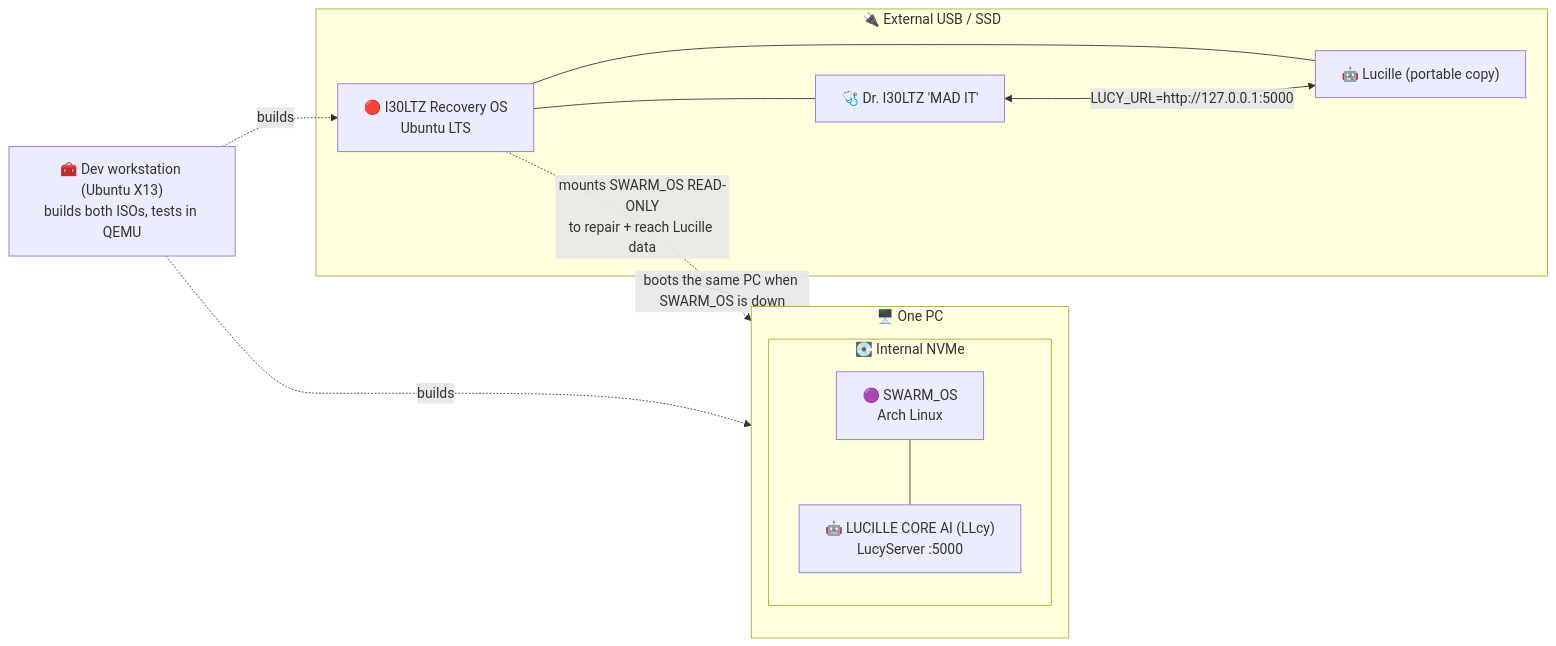
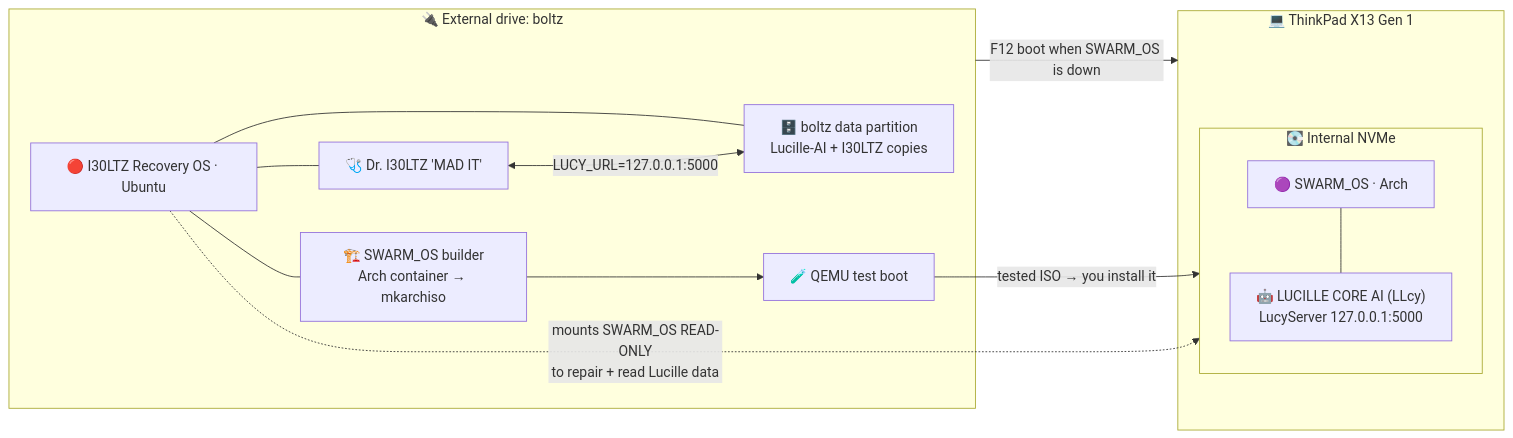
Before and after one commit to SWARM-OS-SUITE/I30LTZ-Recovery-OS: the diagram in docs/SUITE_ARCHITECTURE.md, drawn with Mermaid. The commit also changed other lines of this file and 15 other files, not shown here.

First line of the commit message:
Recovery OS builds SWARM_OS: one-PC architecture, kit v2.1.0

````diff
--- a/docs/SUITE_ARCHITECTURE.md
+++ b/docs/SUITE_ARCHITECTURE.md
@@ -29,23 +35,24 @@
 ```mermaid
 flowchart LR
-  subgraph PC["🖥️ One PC"]
-    direction TB
-    subgraph INT["💽 Internal NVMe"]
-      SW["🟣 SWARM_OS<br/>Arch Linux"]
-      LU["🤖 LUCILLE CORE AI (LLcy)<br/>LucyServer :5000"]
+  subgraph X13["💻 ThinkPad X13 Gen 1"]
+    subgraph NVME["💽 Internal NVMe"]
+      SW["🟣 SWARM_OS · Arch"]
+      LU["🤖 LUCILLE CORE AI (LLcy)<br/>LucyServer 127.0.0.1:5000"]
       SW --- LU
     end
   end
-  subgraph EXT["🔌 External USB / SSD"]
-    RO["🔴 I30LTZ Recovery OS<br/>Ubuntu LTS"]
+  subgraph BOLTZ["🔌 External drive: boltz"]
+    RO["🔴 I30LTZ Recovery OS · Ubuntu"]
     MAD["🩺 Dr. I30LTZ 'MAD IT'"]
-    LP["🤖 Lucille (portable copy)"]
+    BLD["🏗️ SWARM_OS builder<br/>Arch container → mkarchiso"]
+    VM["🧪 QEMU test boot"]
+    DATA["🗄️ boltz data partition<br/>Lucille-AI + I30LTZ copies"]
     RO --- MAD
-    RO --- LP
+    RO --- BLD --> VM
+    RO --- DATA
   end
-  EXT -- "boots the same PC when SWARM_OS is down" --> PC
-  RO -. "mounts SWARM_OS READ-ONLY<br/>to repair + reach Lucille data" .-> INT
-  MAD <-- "LUCY_URL=http://127.0.0.1:5000" --> LP
-  DEV["🧰 Dev workstation (Ubuntu X13)<br/>builds both ISOs, tests in QEMU"] -. builds .-> SW
-  DEV -. builds .-> RO
+  BOLTZ -- "F12 boot when SWARM_OS is down" --> X13
+  VM -- "tested ISO → you install it" --> NVME
+  RO -. "mounts SWARM_OS READ-ONLY<br/>to repair + read Lucille data" .-> NVME
+  MAD <-- "LUCY_URL=127.0.0.1:5000" --> DATA
 ```
````
